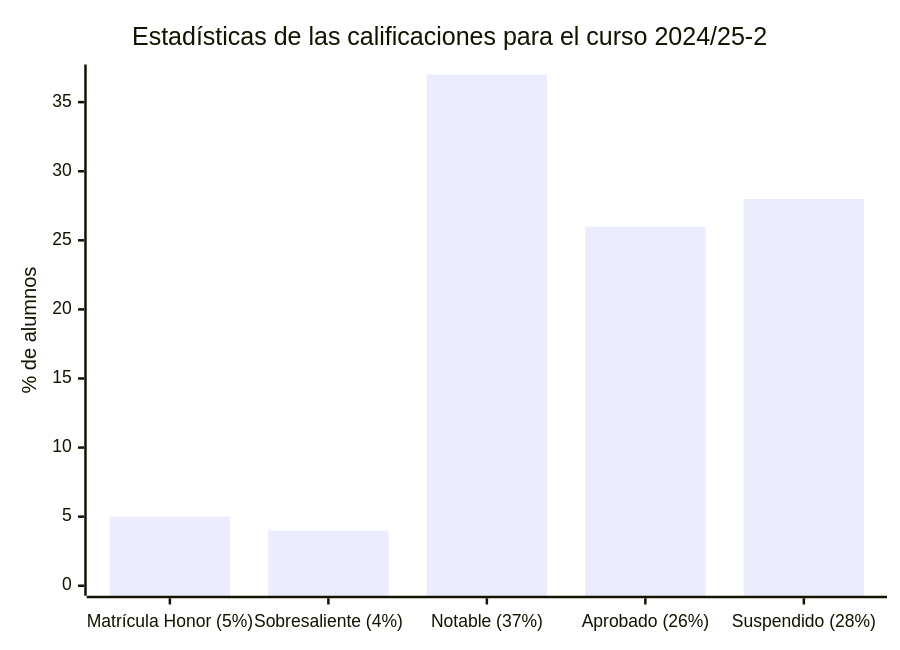
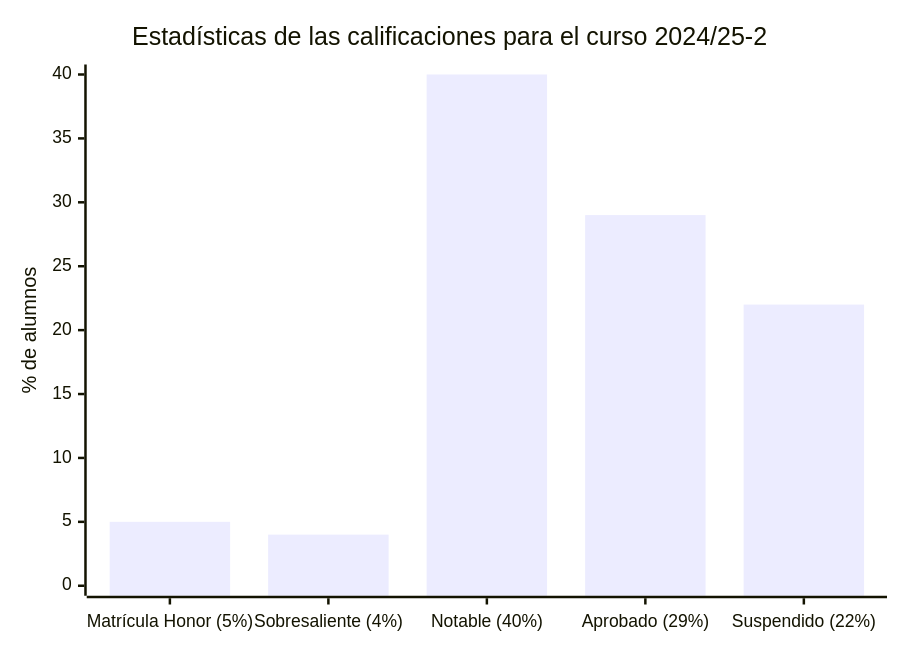
One commit to HenestrosaDev/uoc-ingenieria-informatica changed the diagram in logica/README.md. Above: the diagram before and after it, drawn with Mermaid. The commit also changed other lines of this file and 1 other file, not shown here.

````diff
--- a/logica/README.md
+++ b/logica/README.md
@@ -11,7 +11,7 @@
 ```mermaid
 xychart-beta
 		title "Estadísticas de las calificaciones para el curso 2024/25-2"
-		x-axis ["Matrícula Honor (5%)", "Sobresaliente (4%)", "Notable (37%)", "Aprobado (26%)", "Suspendido (28%)"]
-		y-axis "% de alumnos" 0 --> 37
-		bar [5, 4, 37, 26, 28]
+		x-axis ["Matrícula Honor (5%)", "Sobresaliente (4%)", "Notable (40%)", "Aprobado (29%)", "Suspendido (22%)"]
+		y-axis "% de alumnos" 0 --> 40
+		bar [5, 4, 40, 29, 22]
 ```
````
